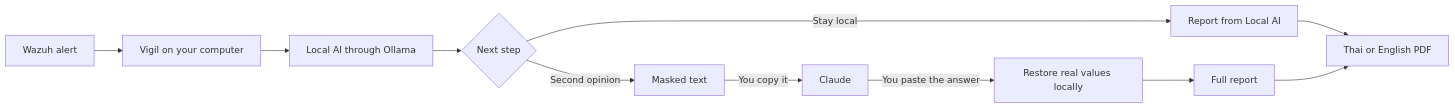
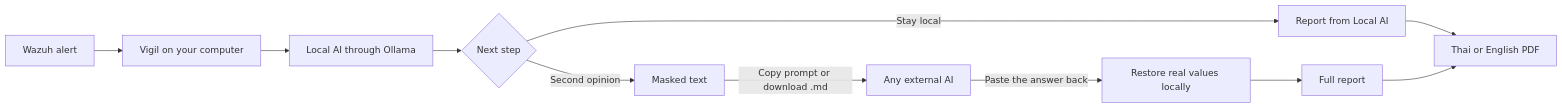
Before and after one commit to mroatder/vigil-soc: the diagram in README.md, drawn with Mermaid. The commit also changed other lines of this file, not shown here.

First line of the commit message:
docs: generalize Claude references to any external AI

````diff
--- a/README.md
+++ b/README.md
@@ -31,13 +31,13 @@
 ```mermaid
 flowchart LR
     A[Wazuh alert] --> B[Vigil on your computer]
     B --> C[Local AI through Ollama]
     C --> D{Next step}
     D -->|Stay local| E[Report from Local AI]
     D -->|Second opinion| F[Masked text]
-    F -->|You copy it| G[Claude]
-    G -->|You paste the answer| H[Restore real values locally]
+    F -->|Copy prompt or download .md| G[Any external AI]
+    G -->|Paste the answer back| H[Restore real values locally]
     H --> I[Full report]
     E --> J[Thai or English PDF]
     I --> J
 ```
````
